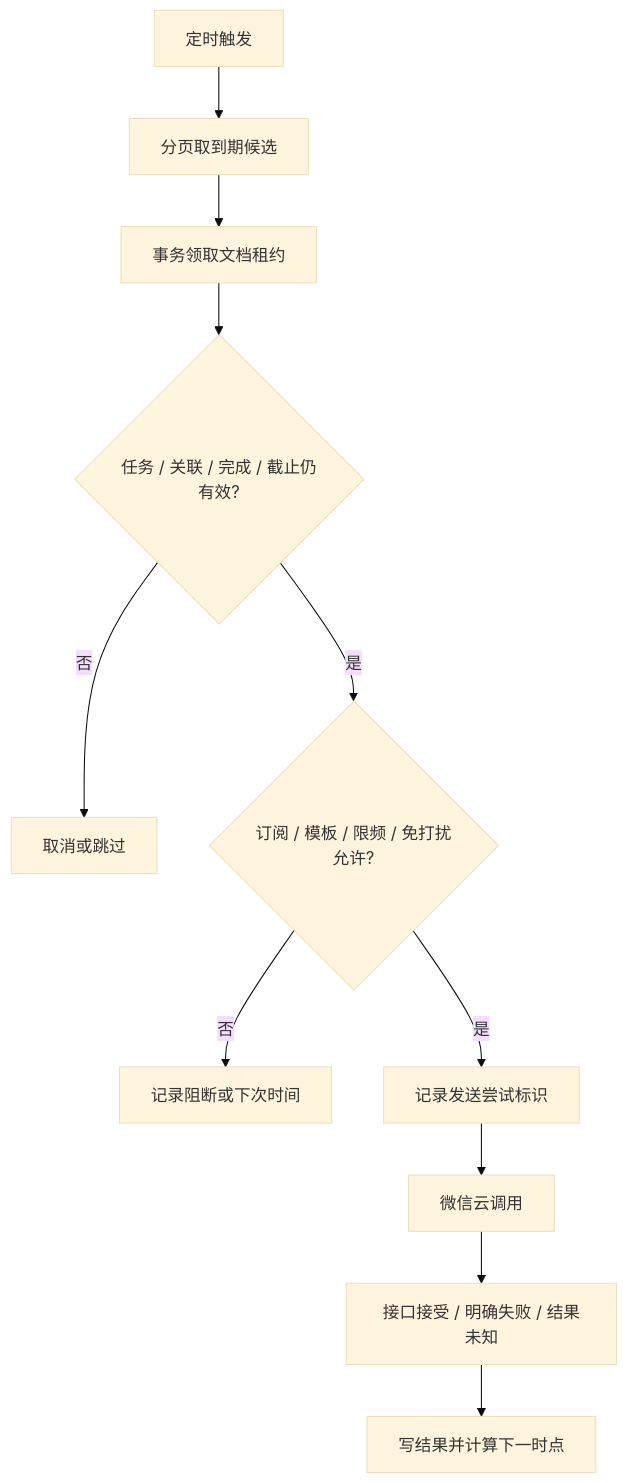
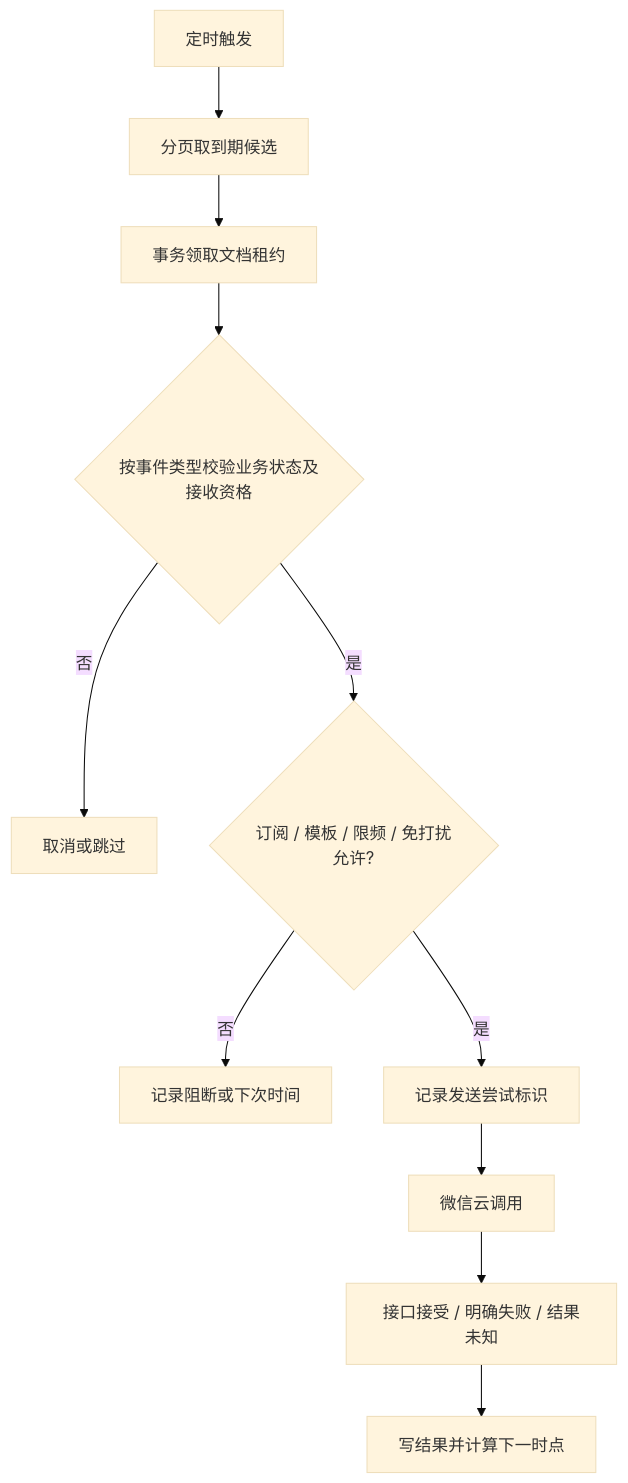
The second of 2 diagrams in docs/technical-architecture.md (xingzichen/class-relay), drawn with Mermaid (base theme) before and after one commit. The commit also changed other lines of this file and 15 other files, not shown here.

````diff
--- a/docs/technical-architecture.md
+++ b/docs/technical-architecture.md
@@ -96,13 +99,13 @@
 ```mermaid
 flowchart TD
     T[定时触发] --> Q[分页取到期候选]
     Q --> L[事务领取文档租约]
-    L --> V{任务 / 关联 / 完成 / 截止仍有效?}
+    L --> V{按事件类型校验业务状态及接收资格}
     V -- 否 --> C[取消或跳过]
     V -- 是 --> S{订阅 / 模板 / 限频 / 免打扰允许?}
     S -- 否 --> B[记录阻断或下次时间]
     S -- 是 --> W[记录发送尝试标识]
     W --> API[微信云调用]
     API --> R[接口接受 / 明确失败 / 结果未知]
     R --> D[写结果并计算下一时点]
 ```
````
